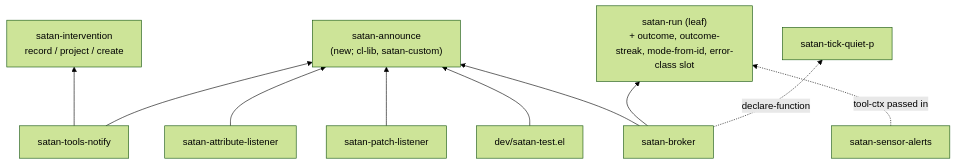
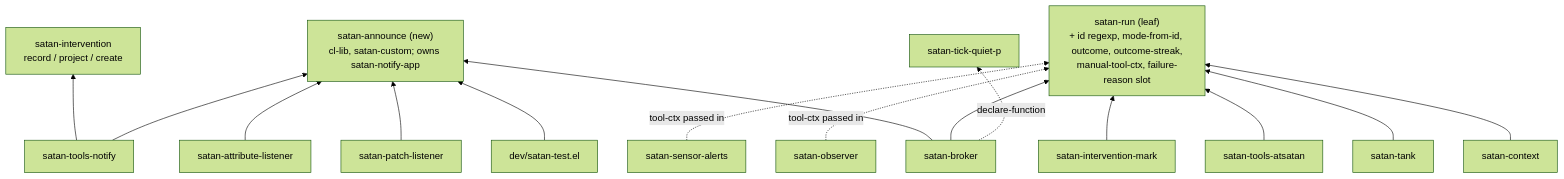
One commit to davidlee/satan changed the fifth of 5 diagrams in .doctrine/slice/017/design.md. Above: the diagram before and after it, drawn with Mermaid (forest theme). The commit also changed other lines of this file and 9 other files, not shown here.

````diff
--- a/.doctrine/slice/017/design.md
+++ b/.doctrine/slice/017/design.md
@@ -696,15 +838,20 @@
 ```mermaid
 flowchart BT
-  ANN["satan-announce<br/>(new; cl-lib, satan-custom)"]
-  RUN["satan-run (leaf)<br/>+ outcome, outcome-streak, mode-from-id, error-class slot"]
+  ANN["satan-announce (new)<br/>cl-lib, satan-custom; owns satan-notify-app"]
+  RUN["satan-run (leaf)<br/>+ id regexp, mode-from-id, outcome, outcome-streak,<br/>manual-tool-ctx, failure-reason slot"]
   INT["satan-intervention<br/>record / project / create"]
   TN["satan-tools-notify"] --> INT
   TN --> ANN
   SA["satan-sensor-alerts"] -. "tool-ctx passed in" .-> RUN
+  OB["satan-observer"] -. "tool-ctx passed in" .-> RUN
   BR["satan-broker"] --> ANN
   BR --> RUN
   BR -. "declare-function" .-> TICK["satan-tick-quiet-p"]
   AL["satan-attribute-listener"] --> ANN
   PL["satan-patch-listener"] --> ANN
+  MK["satan-intervention-mark"] --> RUN
+  AT["satan-tools-atsatan"] --> RUN
+  TK["satan-tank"] --> RUN
+  CX["satan-context"] --> RUN
   DEV["dev/satan-test.el"] --> ANN
 ```
````
